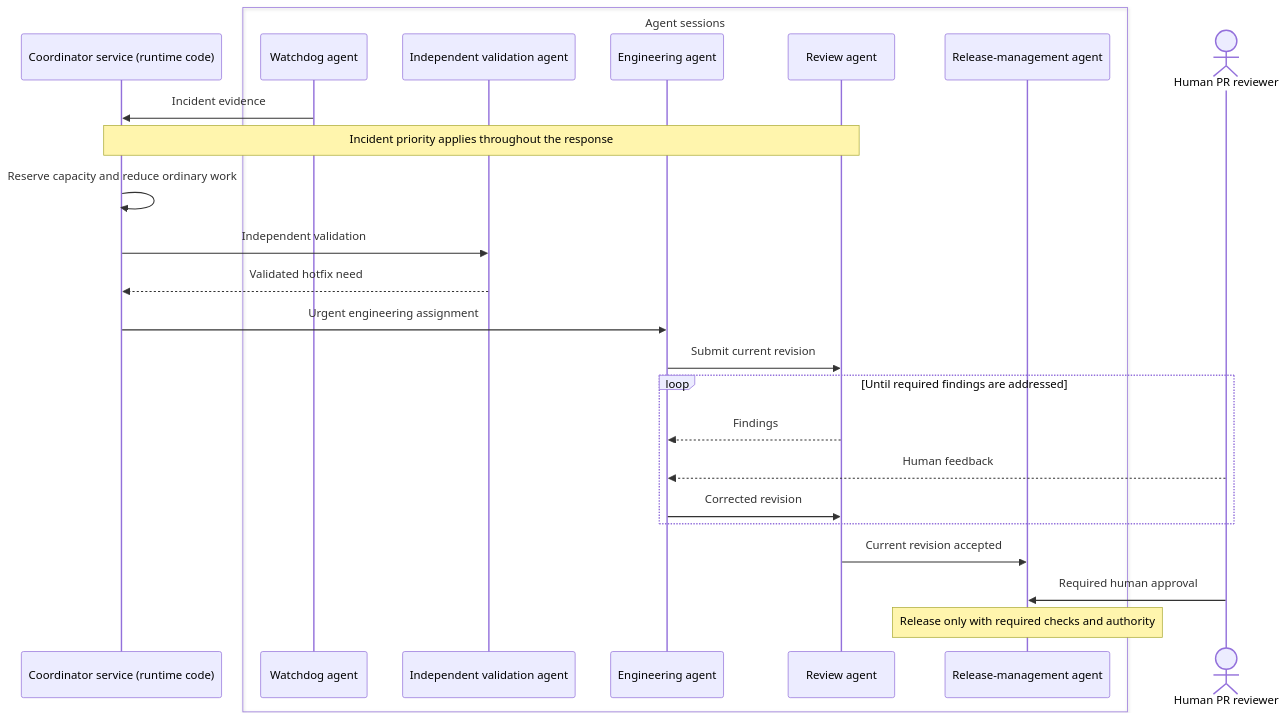
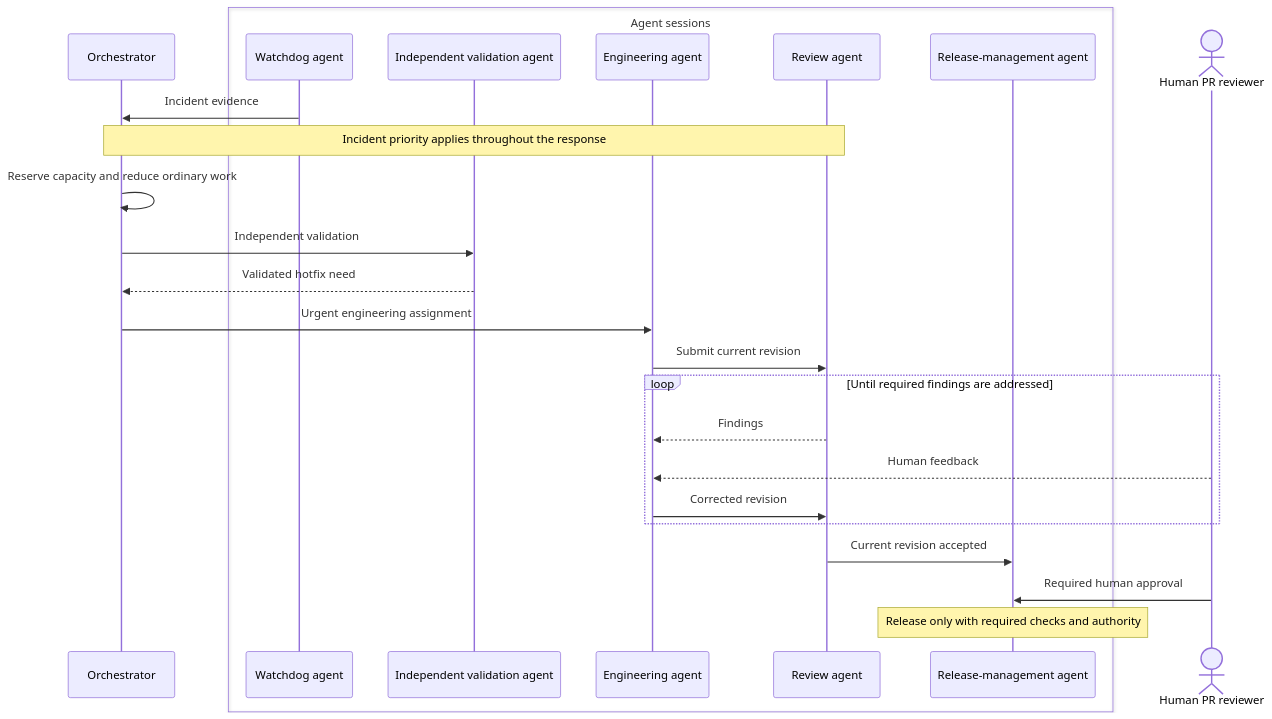
The sixth of 6 diagrams in SPEC.md (dataclique/metagenda), drawn with Mermaid before and after one commit. The commit also changed other lines of this file, not shown here.

Commit message:
unify orchestrator terminology and manager arbitration

````diff
--- a/SPEC.md
+++ b/SPEC.md
@@ -271,27 +273,27 @@
 ```mermaid
 sequenceDiagram
-    participant C as Coordinator service (runtime code)
+    participant C as Orchestrator
     box Agent sessions
         participant O as Watchdog agent
         participant V as Independent validation agent
         participant E as Engineering agent
         participant R as Review agent
         participant L as Release-management agent
     end
     actor H as Human PR reviewer
     O->>C: Incident evidence
     Note over C,R: Incident priority applies throughout the response
     C->>C: Reserve capacity and reduce ordinary work
     C->>V: Independent validation
     V-->>C: Validated hotfix need
     C->>E: Urgent engineering assignment
     E->>R: Submit current revision
     loop Until required findings are addressed
         R-->>E: Findings
         H-->>E: Human feedback
         E->>R: Corrected revision
     end
     R->>L: Current revision accepted
     H->>L: Required human approval
     Note over L: Release only with required checks and authority
 ```
````
